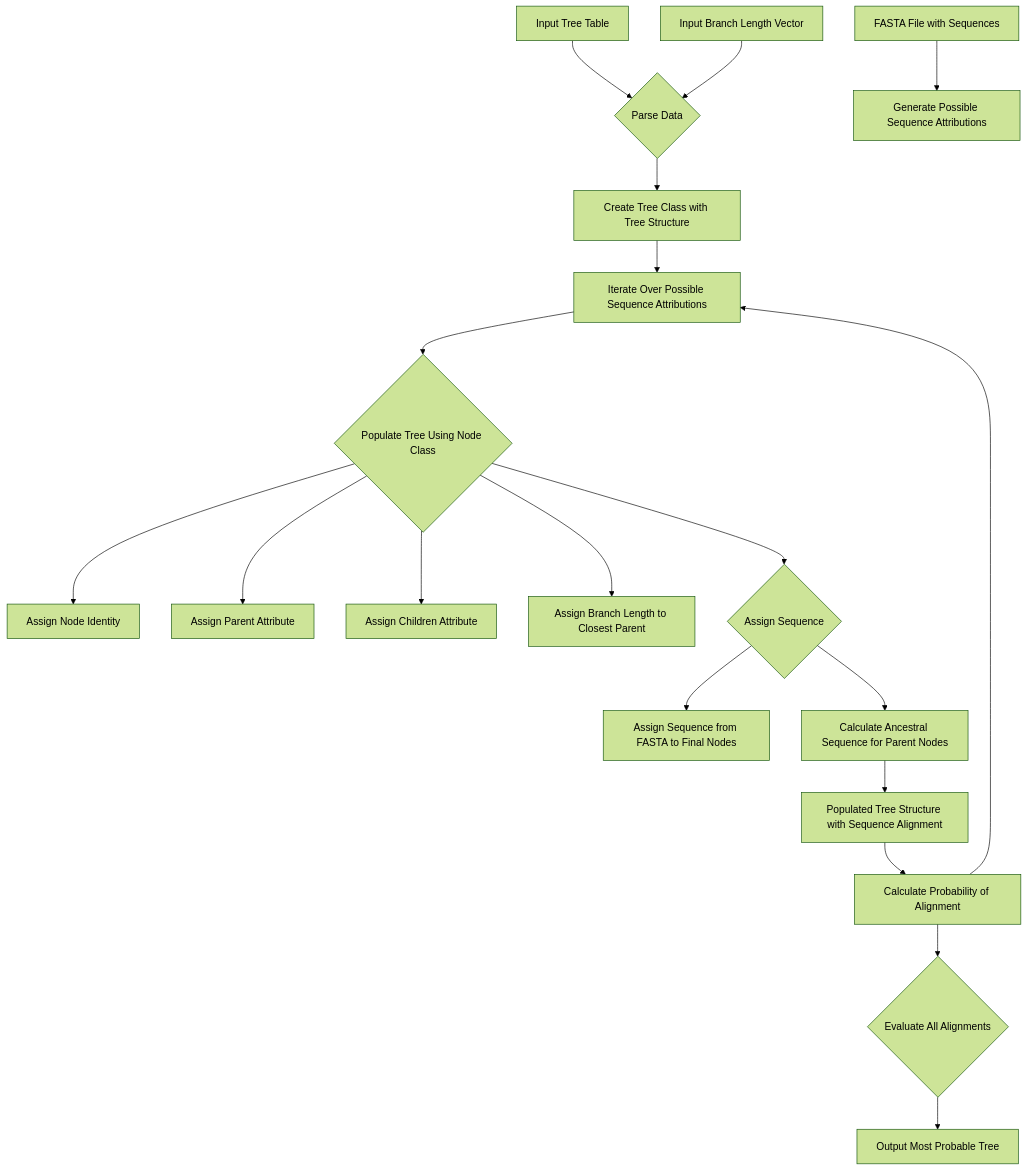
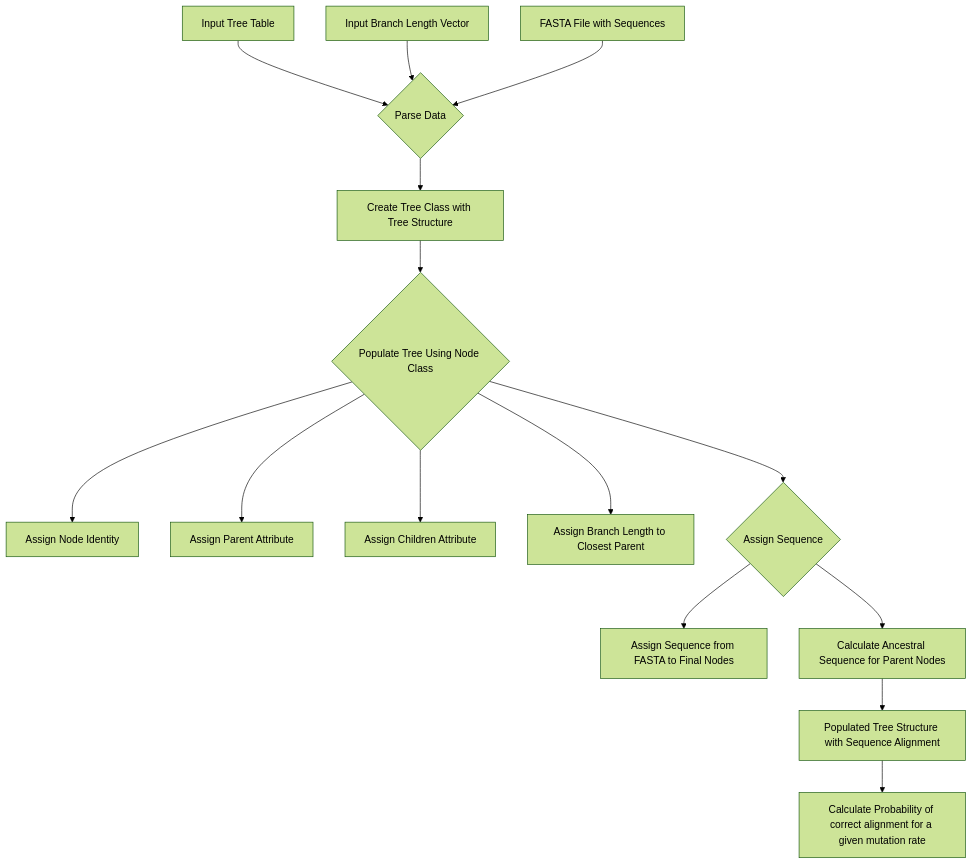
One commit to douhan-wicht/PhyloCalc changed the diagram in README.md. Above: the diagram before and after it, drawn with Mermaid (forest theme).

````diff
--- a/README.md
+++ b/README.md
@@ -14,26 +14,13 @@
 ```mermaid
 flowchart TD
-    A[Input Tree Table] --> B{Parse Data}
-    A2[Input Branch Length Vector] --> B
-    A3[FASTA File with Sequences] --> C[Generate Possible Sequence Attributions]
+    A["Input Tree Table"] --> B{"Parse Data"}
+    A2["Input Branch Length Vector"] --> B
+    A3["FASTA File with Sequences"] --> B
+    B --> D["Create Tree Class with Tree Structure"]
+    D --> F{"Populate Tree Using Node Class"}
+    F --> F1["Assign Node Identity"] & F2["Assign Parent Attribute"] & F3["Assign Children Attribute"] & F4["Assign Branch Length to Closest Parent"] & G{"Assign Sequence"}
+    G --> G1["Assign Sequence from FASTA to Final Nodes"] & G2["Calculate Ancestral Sequence for Parent Nodes"]
+    G2 --> H["Populated Tree Structure with Sequence Alignment"]
+    H --> I["Calculate Probability of correct alignment for a given mutation rate"]
 
-    B --> D[Create Tree Class with Tree Structure]
-    D --> E[Iterate Over Possible Sequence Attributions]
-
-    E --> F{Populate Tree Using Node Class}
-    F --> F1[Assign Node Identity]
-    F --> F2[Assign Parent Attribute]
-    F --> F3[Assign Children Attribute]
-    F --> F4[Assign Branch Length to Closest Parent]
-    
-    F --> G{Assign Sequence}
-    G --> G1[Assign Sequence from FASTA to Final Nodes]
-    G --> G2[Calculate Ancestral Sequence for Parent Nodes]
-    
-    G2 --> H[Populated Tree Structure with Sequence Alignment]
-    H --> I[Calculate Probability of Alignment]
-    I --> E
-
-    I --> J{Evaluate All Alignments}
-    J --> K[Output Most Probable Tree]
 ```
````
